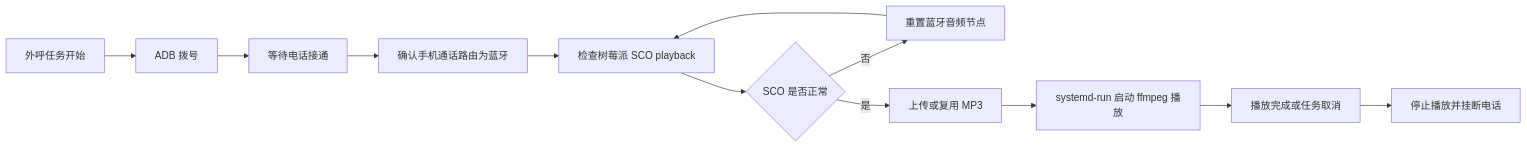
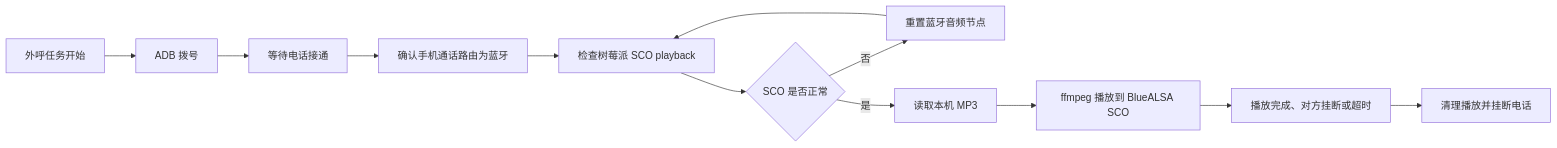
The diagram in docs/raspberry-pi-bluetooth-headset-runbook.md (liuzhuogood/AutoCallBot), drawn with Mermaid before and after one commit. The commit also changed other lines of this file and 17 other files, not shown here.

````diff
--- a/docs/raspberry-pi-bluetooth-headset-runbook.md
+++ b/docs/raspberry-pi-bluetooth-headset-runbook.md
@@ -433,14 +431,14 @@
 ```mermaid
 flowchart LR
     A["外呼任务开始"] --> B["ADB 拨号"]
     B --> C["等待电话接通"]
     C --> D["确认手机通话路由为蓝牙"]
     D --> E["检查树莓派 SCO playback"]
     E --> F{"SCO 是否正常"}
     F -->|"否"| G["重置蓝牙音频节点"]
     G --> E
-    F -->|"是"| H["上传或复用 MP3"]
-    H --> I["systemd-run 启动 ffmpeg 播放"]
-    I --> J["播放完成或任务取消"]
-    J --> K["停止播放并挂断电话"]
+    F -->|"是"| H["读取本机 MP3"]
+    H --> I["ffmpeg 播放到 BlueALSA SCO"]
+    I --> J["播放完成、对方挂断或超时"]
+    J --> K["清理播放并挂断电话"]
 ```
````
